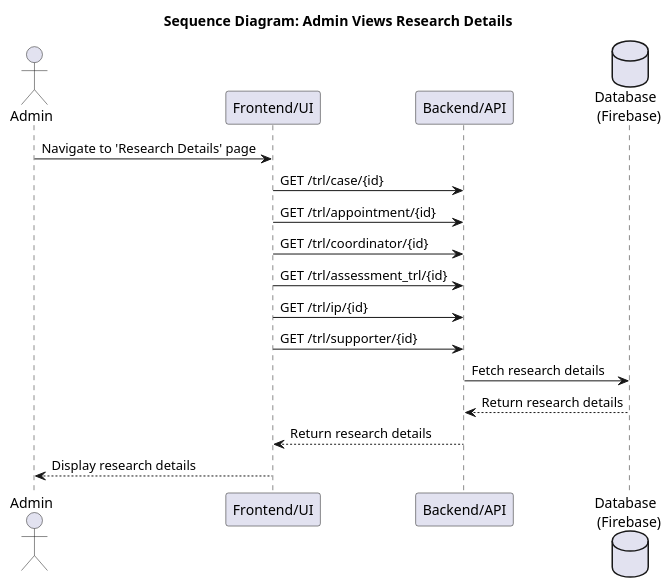
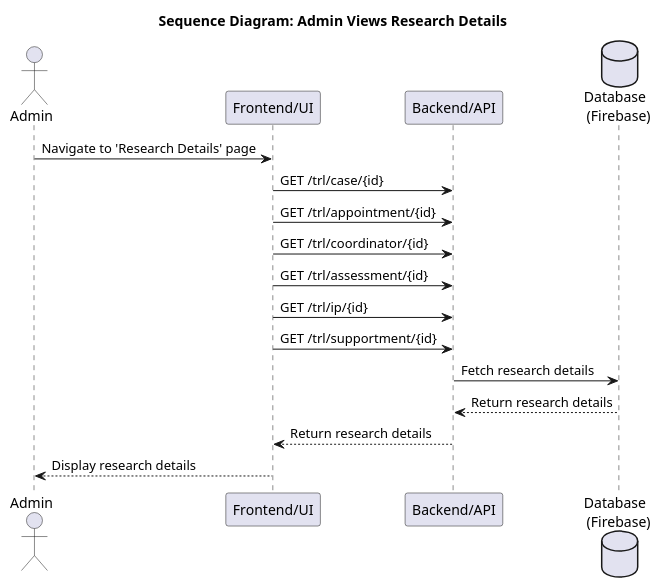
Before and after one commit to punyanuch-h/trl-research-frontend: the diagram in sequence diagram/admin/admin_view_research_details.puml, drawn with PlantUML. The commit also changed 21 other files, not shown here.

```diff
--- a/sequence diagram/admin/admin_view_research_details.puml
+++ b/sequence diagram/admin/admin_view_research_details.puml
@@ -1,21 +1,21 @@
 @startuml
 title Sequence Diagram: Admin Views Research Details
 
 actor Admin
 participant "Frontend/UI" as UI
 participant "Backend/API" as API
 database "Database \n (Firebase)" as DB
 
 Admin -> UI: Navigate to 'Research Details' page
 UI -> API: GET /trl/case/{id}
 UI -> API: GET /trl/appointment/{id}
 UI -> API: GET /trl/coordinator/{id}
-UI -> API: GET /trl/assessment_trl/{id}
+UI -> API: GET /trl/assessment/{id}
 UI -> API: GET /trl/ip/{id}
-UI -> API: GET /trl/supporter/{id}
+UI -> API: GET /trl/supportment/{id}
 API -> DB: Fetch research details
 DB --> API: Return research details
 API --> UI: Return research details
 UI --> Admin: Display research details
 
 @enduml
```
